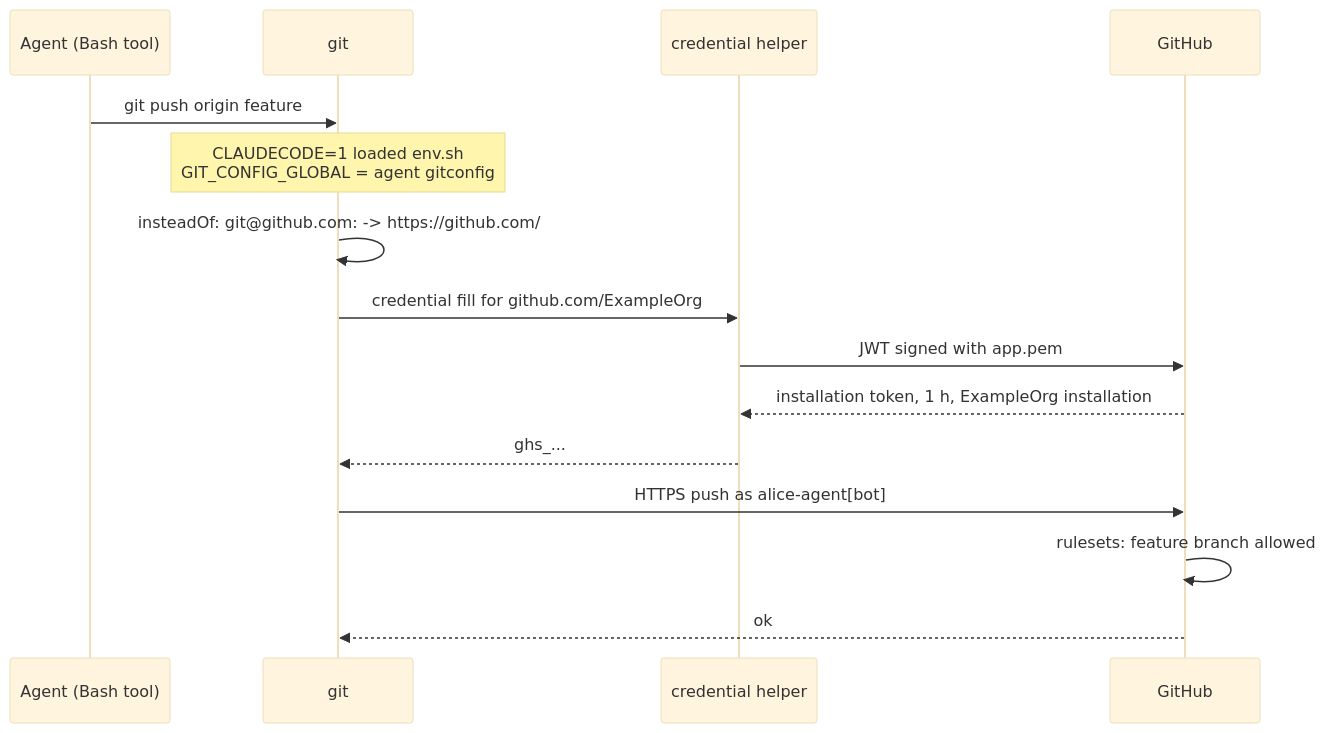
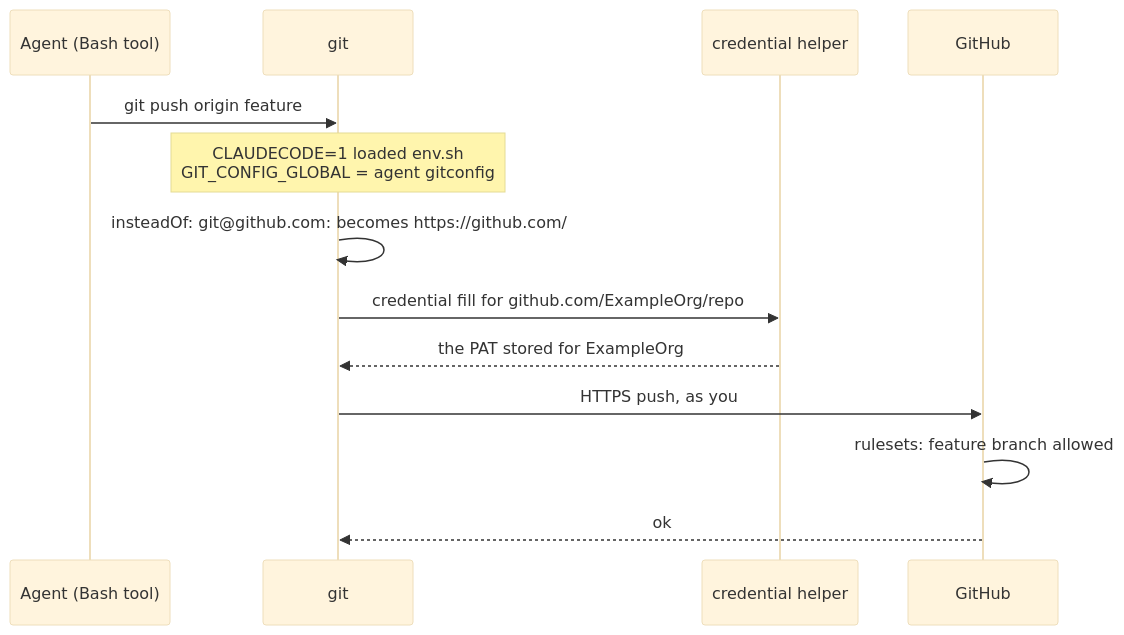
One commit to frontier159/github-app-setup changed the third of 3 diagrams in README.md. Above: the diagram before and after it, drawn with Mermaid (base theme). The commit also changed other lines of this file and 8 other files, not shown here.

First line of the commit message:
Replace the GitHub App with restricted fine-grained PATs per owner

````diff
--- a/README.md
+++ b/README.md
@@ -161,17 +152,15 @@
 ```mermaid
 sequenceDiagram
   participant A as Agent (Bash tool)
   participant G as git
   participant H as credential helper
   participant GH as GitHub
   A->>G: git push origin feature
   Note over G: CLAUDECODE=1 loaded env.sh<br/>GIT_CONFIG_GLOBAL = agent gitconfig
-  G->>G: insteadOf: git@github.com: -> https://github.com/
-  G->>H: credential fill for github.com/ExampleOrg
-  H->>GH: JWT signed with app.pem
-  GH-->>H: installation token, 1 h, ExampleOrg installation
-  H-->>G: ghs_...
-  G->>GH: HTTPS push as alice-agent[bot]
+  G->>G: insteadOf: git@github.com: becomes https://github.com/
+  G->>H: credential fill for github.com/ExampleOrg/repo
+  H-->>G: the PAT stored for ExampleOrg
+  G->>GH: HTTPS push, as you
   GH->>GH: rulesets: feature branch allowed
   GH-->>G: ok
 ```
````
